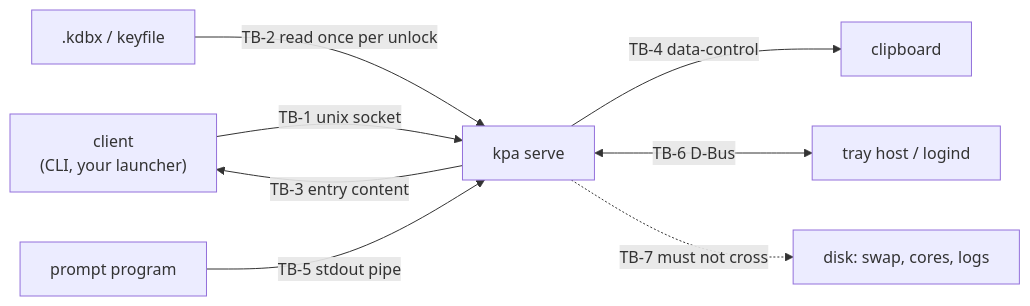
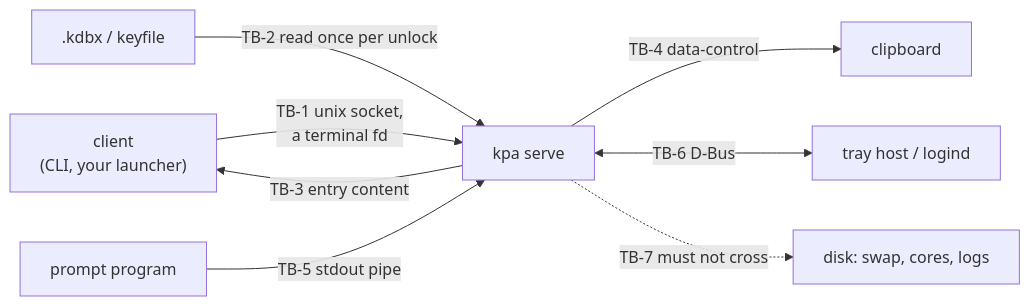
Before and after one commit to n6g7/kpa: the diagram in docs/threat-model.md, drawn with Mermaid. The commit also changed other lines of this file and 29 other files, not shown here.

First line of the commit message:
feat!: the daemon asks for the unlock password on the CLI's terminal (#91)

````diff
--- a/docs/threat-model.md
+++ b/docs/threat-model.md
@@ -27,10 +28,10 @@
 ```mermaid
 graph LR
-    client["client<br/>(CLI, your launcher)"] -->|"TB-1 unix socket"| serve["kpa serve"]
+    client["client<br/>(CLI, your launcher)"] -->|"TB-1 unix socket,<br/>a terminal fd"| serve["kpa serve"]
     file[".kdbx / keyfile"] -->|"TB-2 read once per unlock"| serve
     prompt["prompt program"] -->|"TB-5 stdout pipe"| serve
     serve -->|"TB-4 data-control"| clip["clipboard"]
     serve <-->|"TB-6 D-Bus"| bus["tray host / logind"]
     serve -.->|"TB-7 must not cross"| disk["disk: swap, cores, logs"]
     serve -->|"TB-3 entry content"| client
 ```
````
